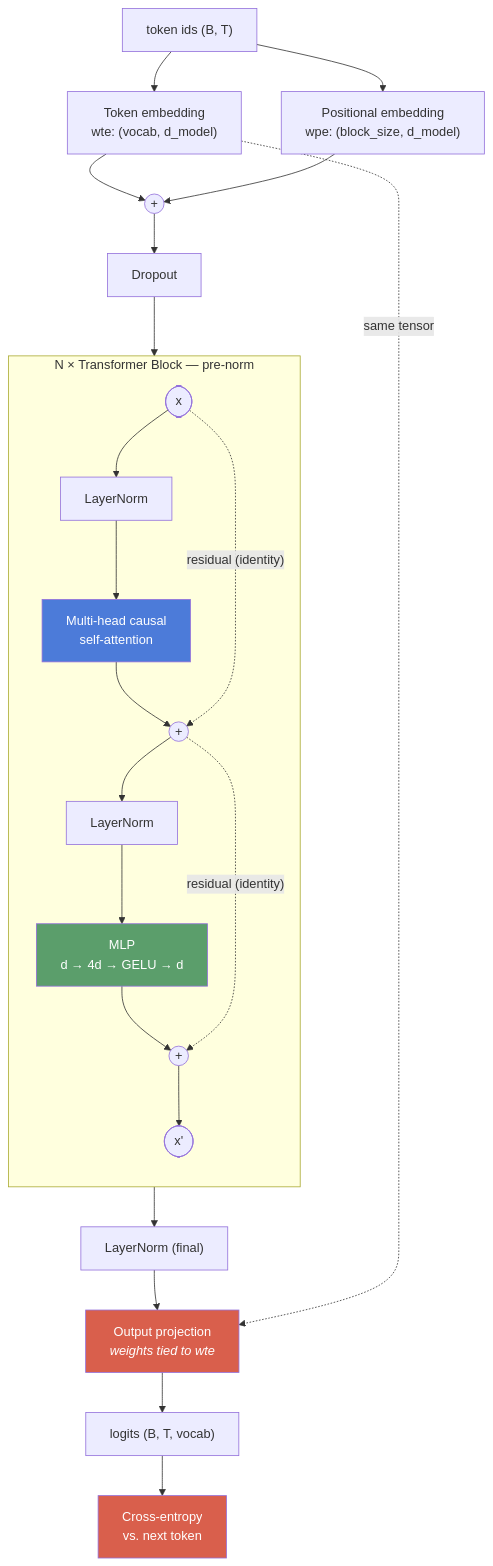
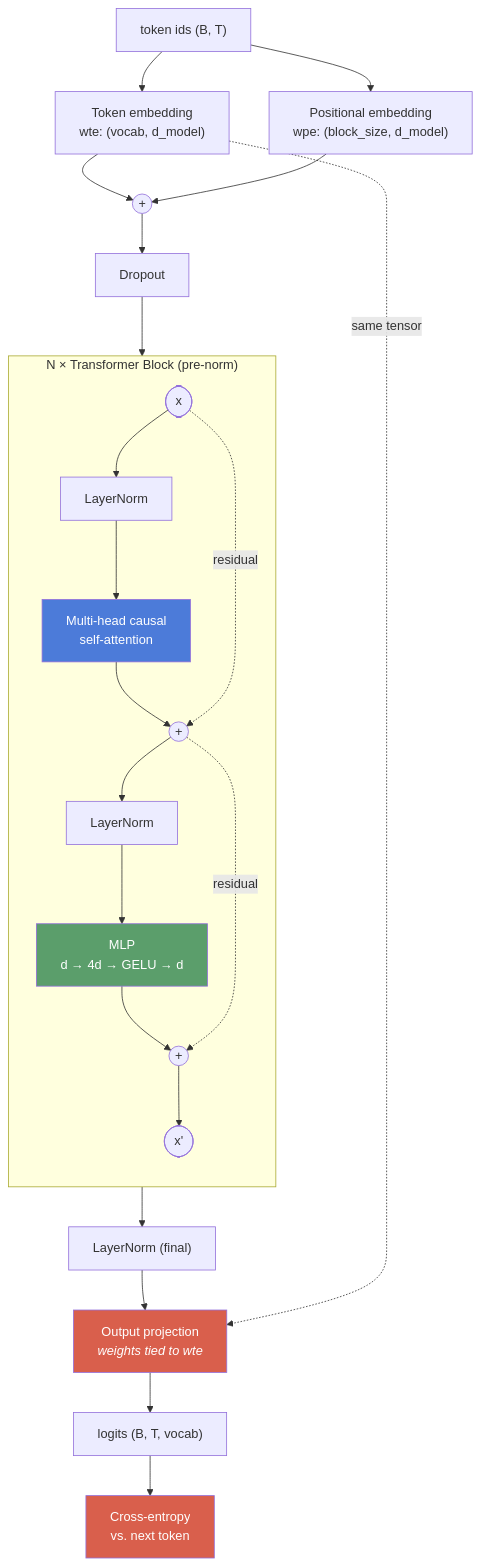
Before and after one commit to harshpatelhp066-del/forge: the first of 2 diagrams in README.md, drawn with Mermaid. The commit also changed other lines of this file and 17 other files, not shown here.

````diff
--- a/README.md
+++ b/README.md
@@ -67,33 +59,33 @@
 ```mermaid
 flowchart TB
     TOK["token ids&nbsp;(B, T)"] --> WTE["Token embedding<br/>wte: (vocab, d_model)"]
     TOK --> WPE["Positional embedding<br/>wpe: (block_size, d_model)"]
     WTE --> ADD(("+"))
     WPE --> ADD
     ADD --> DROP["Dropout"]
     DROP --> BLOCKS
 
-    subgraph BLOCKS ["N × Transformer Block — pre-norm"]
+    subgraph BLOCKS ["N × Transformer Block (pre-norm)"]
         direction TB
         XIN(["x"]) --> LN1["LayerNorm"]
         LN1 --> ATT["Multi-head causal<br/>self-attention"]
         ATT --> R1(("+"))
-        XIN -.->|"residual (identity)"| R1
+        XIN -.->|residual| R1
         R1 --> LN2["LayerNorm"]
         LN2 --> MLP["MLP<br/>d → 4d → GELU → d"]
         MLP --> R2(("+"))
-        R1 -.->|"residual (identity)"| R2
+        R1 -.->|residual| R2
         R2 --> XOUT(["x'"])
     end
 
     BLOCKS --> LNF["LayerNorm (final)"]
     LNF --> HEAD["Output projection<br/><i>weights tied to wte</i>"]
     HEAD --> LOGITS["logits (B, T, vocab)"]
     LOGITS --> CE["Cross-entropy<br/>vs. next token"]
-    WTE -.->|"same tensor"| HEAD
+    WTE -.->|same tensor| HEAD
 
     style ATT fill:#4C7BD9,color:#fff
     style MLP fill:#5B9E6B,color:#fff
     style HEAD fill:#D95F4C,color:#fff
     style CE fill:#D95F4C,color:#fff
 ```
````
